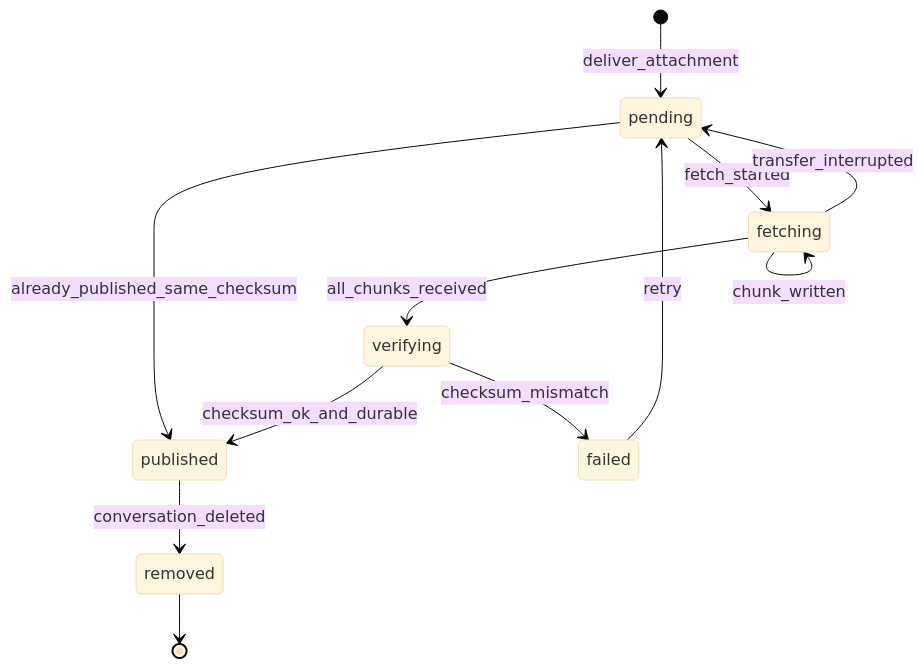
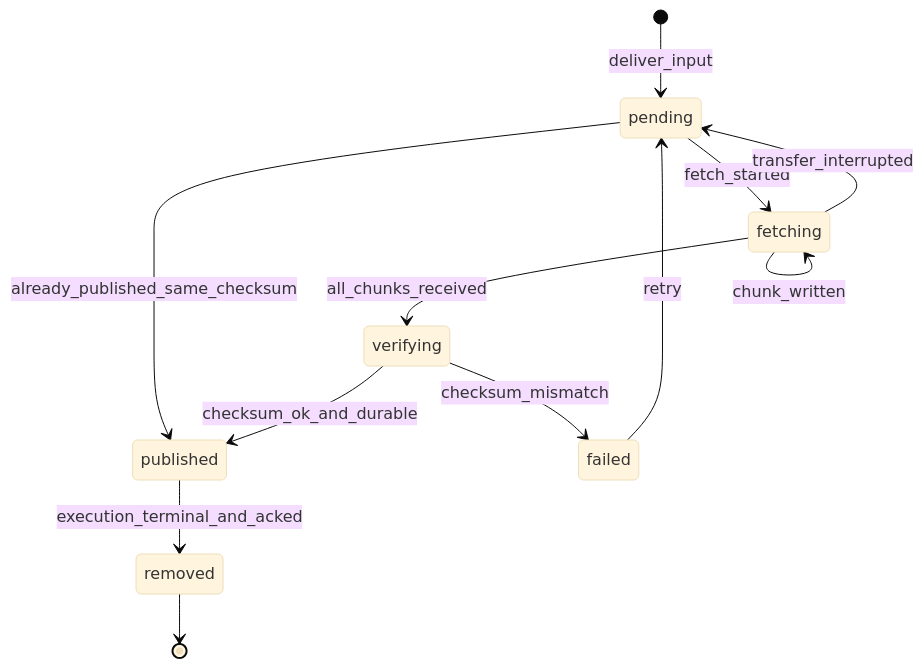
Before and after one commit to Fenicu/canterlot: the seventh of 7 diagrams in docs/design/streams.md, drawn with Mermaid (base theme). The commit also changed other lines of this file and 41 other files, not shown here.

````diff
--- a/docs/design/streams.md
+++ b/docs/design/streams.md
@@ -344,14 +354,14 @@
 ```mermaid
 stateDiagram-v2
-    [*] --> pending: deliver_attachment
+    [*] --> pending: deliver_input
     pending --> published: already_published_same_checksum
     pending --> fetching: fetch_started
     fetching --> fetching: chunk_written
     fetching --> pending: transfer_interrupted
     fetching --> verifying: all_chunks_received
     verifying --> published: checksum_ok_and_durable
     verifying --> failed: checksum_mismatch
     failed --> pending: retry
-    published --> removed: conversation_deleted
+    published --> removed: execution_terminal_and_acked
     removed --> [*]
 ```
````
